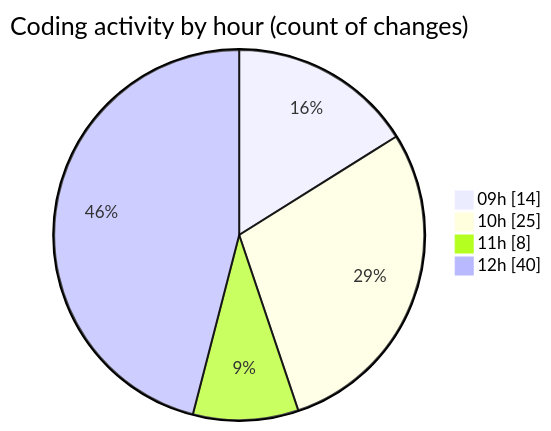
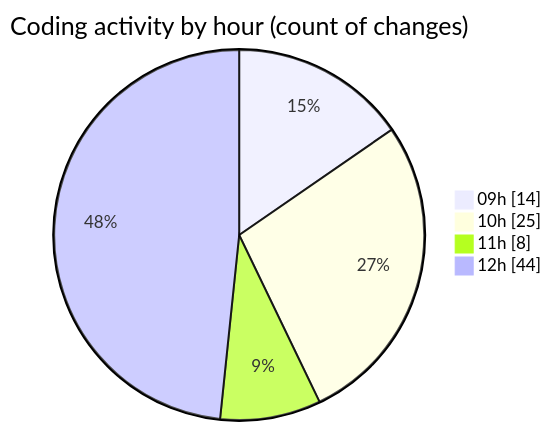
The second of 2 diagrams in 2025-06-03/cda/README.md (momahboobian/code-tracking), drawn with Mermaid before and after one commit. The commit also changed other lines of this file and 1 other file, not shown here.

````diff
--- a/2025-06-03/cda/README.md
+++ b/2025-06-03/cda/README.md
@@ -33,8 +33,8 @@
 ```mermaid
 pie showData
 title Coding activity by hour (count of changes)
 "09h" : 14
 "10h" : 25
 "11h" : 8
-"12h" : 40
+"12h" : 44
 ```
````
